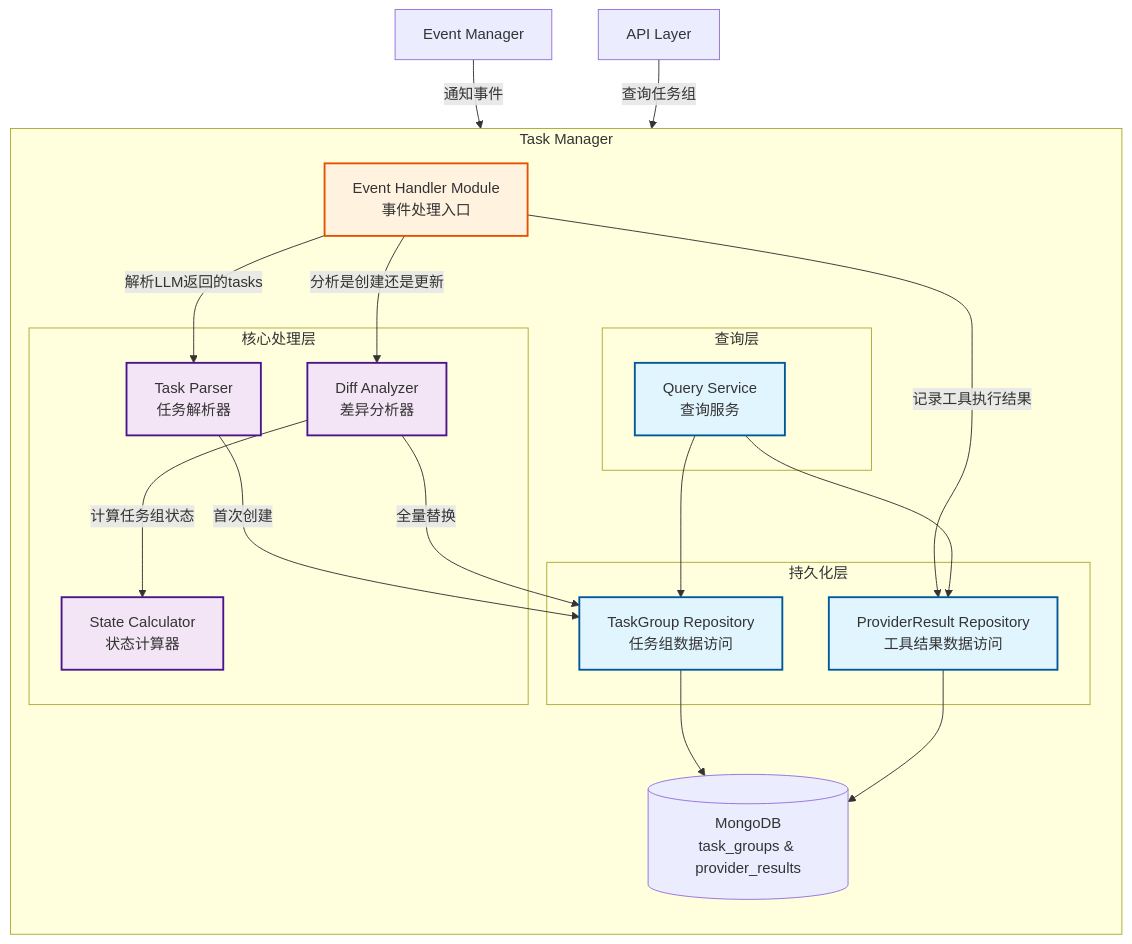
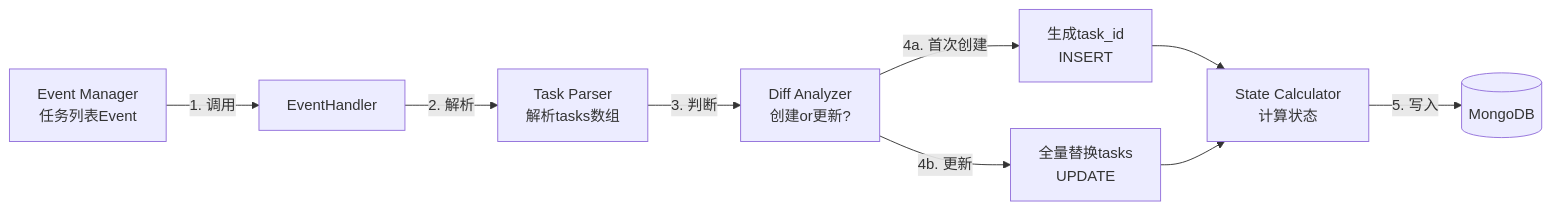
One commit to yingjianzh/iodraw-files changed the diagram in all/未命名-10.md. Above: the diagram before and after it, drawn with Mermaid.

Commit message:
2025-12-25 11:04:56 update

````diff
--- a/all/未命名-10.md
+++ b/all/未命名-10.md
@@ -1,55 +1,14 @@
 ```mermaid
-graph TB
-    subgraph "Task Manager"
-        direction TB
-        
-        EventHandler["Event Handler Module<br/>事件处理入口"]
-        
-        subgraph "核心处理层"
-            StateCalc["State Calculator<br/>状态计算器"]
-            TaskParser["Task Parser<br/>任务解析器"]
-            DiffAnalyzer["Diff Analyzer<br/>差异分析器"]
-        end
-        
-        subgraph "持久化层"
-            TaskGroupRepo["TaskGroup Repository<br/>任务组数据访问"]
-            ProviderResultRepo["ProviderResult Repository<br/>工具结果数据访问"]
-        end
-        
-        subgraph "查询层"
-            QueryService["Query Service<br/>查询服务"]
-        end
-        
-        MongoDB[("MongoDB<br/>task_groups & provider_results")]
-    end
+graph LR
+    Event["Event Manager<br/>任务列表Event"] -->|"1. 调用"| EventHandler
+    EventHandler -->|"2. 解析"| TaskParser["Task Parser<br/>解析tasks数组"]
+    TaskParser -->|"3. 判断"| DiffAnalyzer["Diff Analyzer<br/>创建or更新?"]
     
-    EventMgr["Event Manager"]
-    API["API Layer"]
+    DiffAnalyzer -->|"4a. 首次创建"| Create["生成task_id<br/>INSERT"]
+    DiffAnalyzer -->|"4b. 更新"| Update["全量替换tasks<br/>UPDATE"]
     
-    EventMgr -->|"通知事件"| EventHandler
+    Create --> StateCalc["State Calculator<br/>计算状态"]
+    Update --> StateCalc
     
-    EventHandler -->|"解析LLM返回的tasks"| TaskParser
-    EventHandler -->|"分析是创建还是更新"| DiffAnalyzer
-    
-    DiffAnalyzer -->|"计算任务组状态"| StateCalc
-    
-    TaskParser -->|"首次创建"| TaskGroupRepo
-    DiffAnalyzer -->|"全量替换"| TaskGroupRepo
-    
-    EventHandler -->|"记录工具执行结果"| ProviderResultRepo
-    
-    TaskGroupRepo --> MongoDB
-    ProviderResultRepo --> MongoDB
-    
-    API -->|"查询任务组"| QueryService
-    QueryService --> TaskGroupRepo
-    QueryService --> ProviderResultRepo
-    
-    classDef handler fill:#fff3e0,stroke:#e65100,stroke-width:2px
-    classDef processor fill:#f3e5f5,stroke:#4a148c,stroke-width:2px
-    classDef storage fill:#e1f5ff,stroke:#01579b,stroke-width:2px
-    
-    class EventHandler handler
-    class StateCalc,TaskParser,DiffAnalyzer processor
-    class TaskGroupRepo,ProviderResultRepo,QueryService storage
+    StateCalc -->|"5. 写入"| MongoDB[("MongoDB")]
 ```
````
